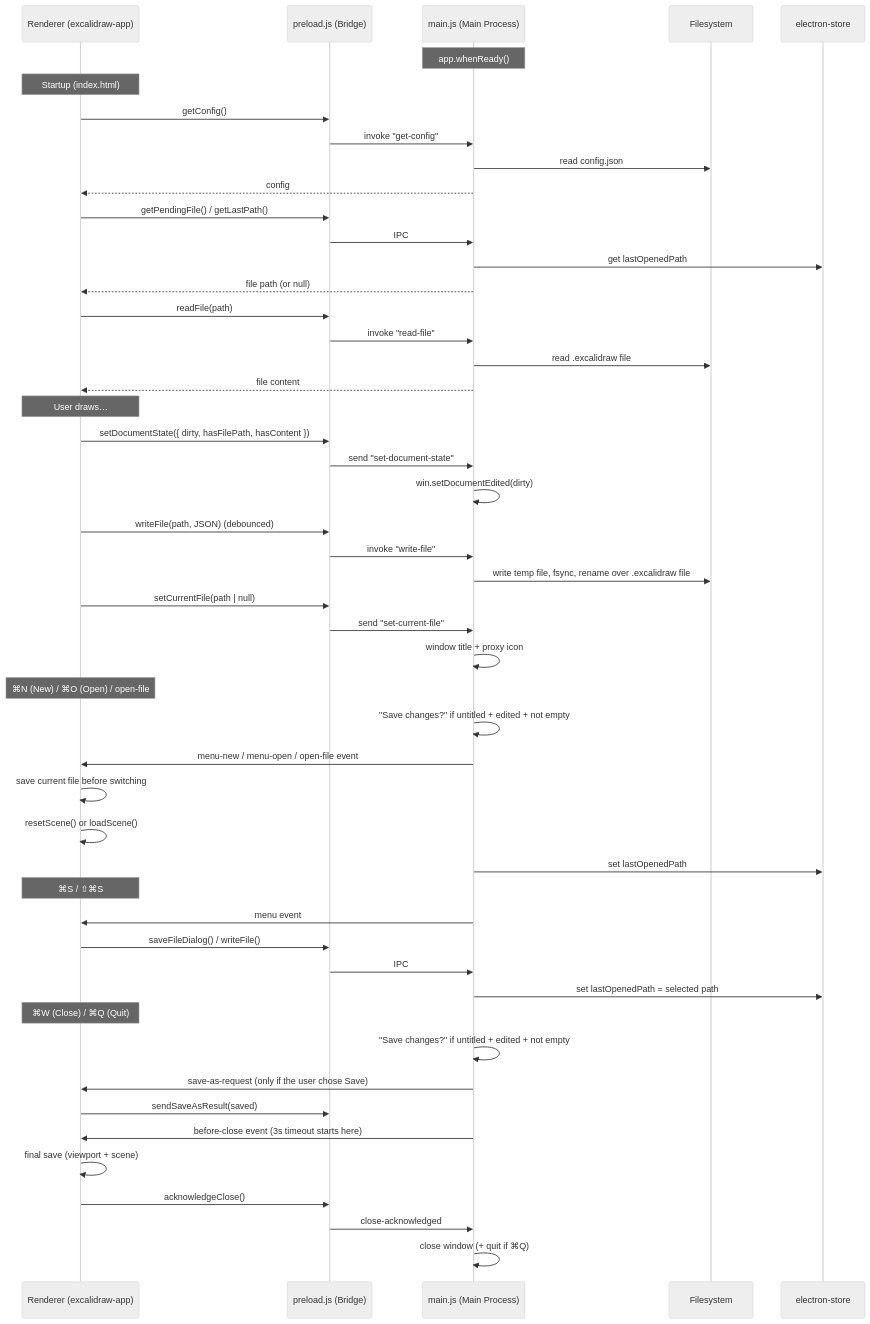
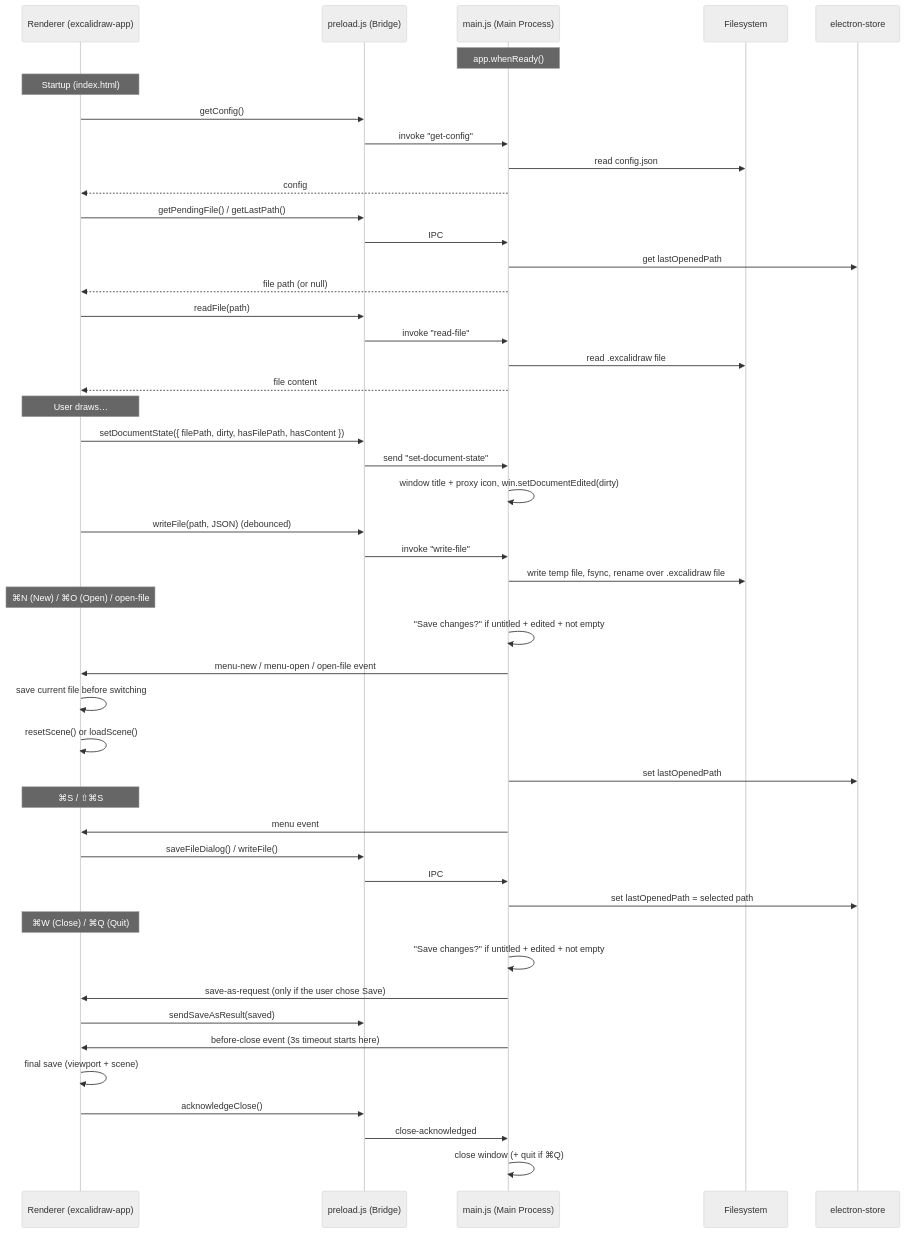
One commit to gerkoh/excalidraw-mac changed the diagram in README.md. Above: the diagram before and after it, drawn with Mermaid (neutral theme). The commit also changed other lines of this file and 13 other files, not shown here.

````diff
--- a/README.md
+++ b/README.md
@@ -40,62 +40,58 @@
 ```mermaid
 sequenceDiagram
     participant App as Renderer (excalidraw-app)
     participant Preload as preload.js (Bridge)
     participant Main as main.js (Main Process)
     participant FS as Filesystem
     participant Store as electron-store
 
     Note over Main: app.whenReady()
 
     Note over App: Startup (index.html)
     App->>Preload: getConfig()
     Preload->>Main: invoke "get-config"
     Main->>FS: read config.json
     Main-->>App: config
 
     App->>Preload: getPendingFile() / getLastPath()
     Preload->>Main: IPC
     Main->>Store: get lastOpenedPath
     Main-->>App: file path (or null)
 
     App->>Preload: readFile(path)
     Preload->>Main: invoke "read-file"
     Main->>FS: read .excalidraw file
     Main-->>App: file content
 
     Note over App: User draws…
-    App->>Preload: setDocumentState({ dirty, hasFilePath, hasContent })
+    App->>Preload: setDocumentState({ filePath, dirty, hasFilePath, hasContent })
     Preload->>Main: send "set-document-state"
-    Main->>Main: win.setDocumentEdited(dirty)
+    Main->>Main: window title + proxy icon, win.setDocumentEdited(dirty)
     App->>Preload: writeFile(path, JSON) (debounced)
     Preload->>Main: invoke "write-file"
     Main->>FS: write temp file, fsync, rename over .excalidraw file
-
-    App->>Preload: setCurrentFile(path | null)
-    Preload->>Main: send "set-current-file"
-    Main->>Main: window title + proxy icon
 
     Note over App: ⌘N (New) / ⌘O (Open) / open-file
     Main->>Main: "Save changes?" if untitled + edited + not empty
     Main->>App: menu-new / menu-open / open-file event
     App->>App: save current file before switching
     App->>App: resetScene() or loadScene()
     Main->>Store: set lastOpenedPath
 
     Note over App: ⌘S / ⇧⌘S
     Main->>App: menu event
     App->>Preload: saveFileDialog() / writeFile()
     Preload->>Main: IPC
     Main->>Store: set lastOpenedPath = selected path
 
     Note over App: ⌘W (Close) / ⌘Q (Quit)
     Main->>Main: "Save changes?" if untitled + edited + not empty
     Main->>App: save-as-request (only if the user chose Save)
     App->>Preload: sendSaveAsResult(saved)
     Main->>App: before-close event (3s timeout starts here)
     App->>App: final save (viewport + scene)
     App->>Preload: acknowledgeClose()
     Preload->>Main: close-acknowledged
     Main->>Main: close window (+ quit if ⌘Q)
 
 ```
````
